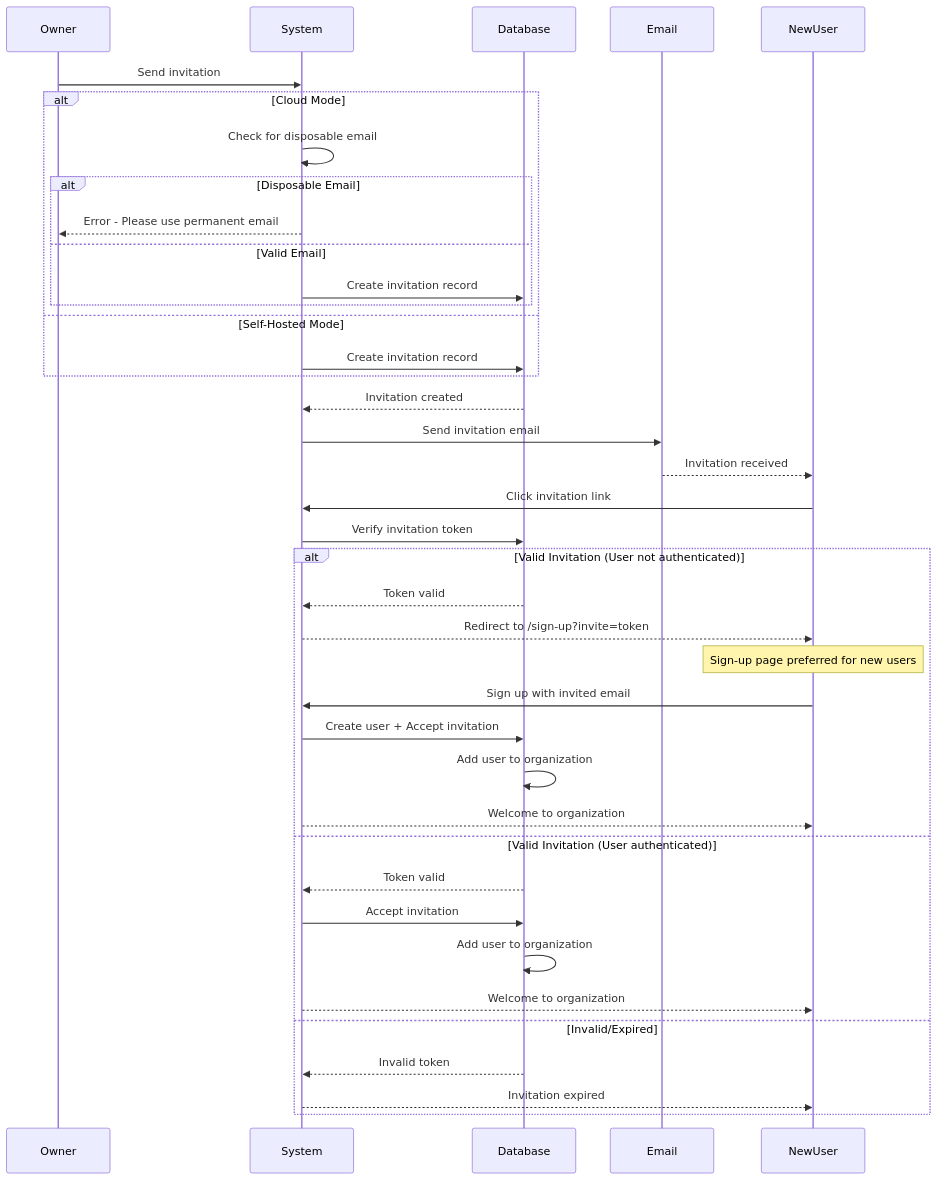
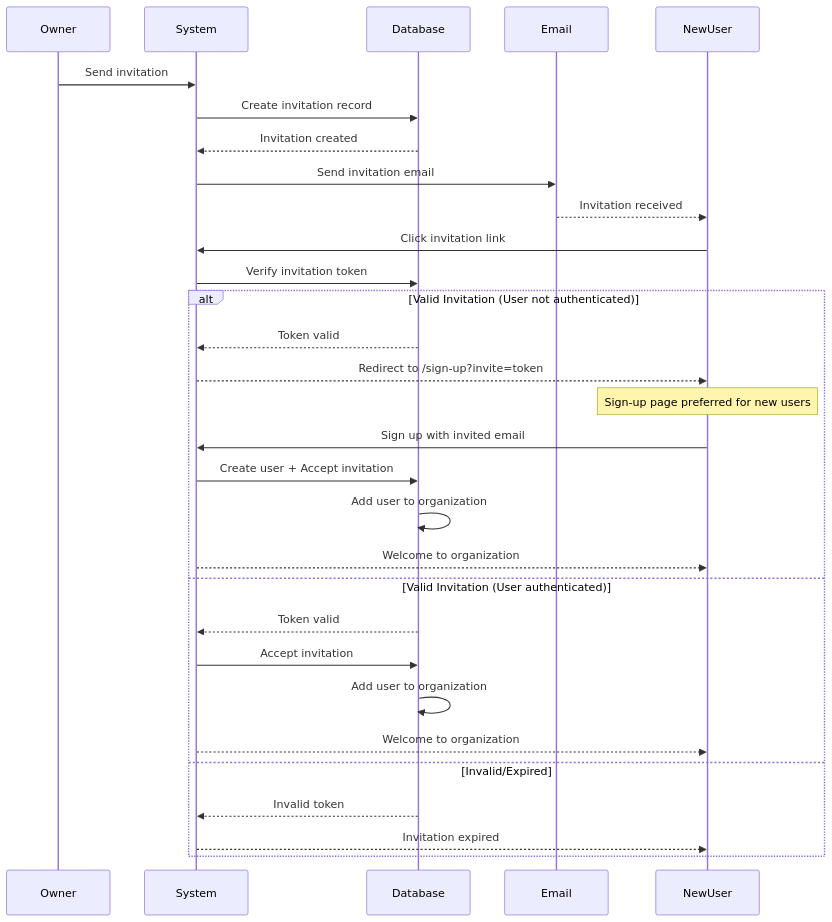
Before and after one commit to supercheck-io/supercheck: diagram 18 of 19 in docs/specs/02-authentication/AUTHENTICATION_SYSTEM.md, drawn with Mermaid. The commit also changed other lines of this file and 45 other files, not shown here.

Commit message:
feat: Add Turnstile Captcha, enforce email verification for cloud org creation, and remove disposable email validation.**

````diff
--- a/docs/specs/02-authentication/AUTHENTICATION_SYSTEM.md
+++ b/docs/specs/02-authentication/AUTHENTICATION_SYSTEM.md
@@ -907,46 +1049,36 @@
 ```mermaid
 sequenceDiagram
     participant Owner
     participant System
     participant Database
     participant Email
     participant NewUser
 
     Owner->>System: Send invitation
-
-    alt Cloud Mode
-        System->>System: Check for disposable email
-        alt Disposable Email
-            System-->>Owner: Error - Please use permanent email
-        else Valid Email
-            System->>Database: Create invitation record
-        end
-    else Self-Hosted Mode
-        System->>Database: Create invitation record
-    end
+    System->>Database: Create invitation record
 
     Database-->>System: Invitation created
     System->>Email: Send invitation email
     Email-->>NewUser: Invitation received
 
     NewUser->>System: Click invitation link
     System->>Database: Verify invitation token
 
     alt Valid Invitation (User not authenticated)
         Database-->>System: Token valid
         System-->>NewUser: Redirect to /sign-up?invite=token
         Note over NewUser: Sign-up page preferred for new users
         NewUser->>System: Sign up with invited email
         System->>Database: Create user + Accept invitation
         Database->>Database: Add user to organization
         System-->>NewUser: Welcome to organization
     else Valid Invitation (User authenticated)
         Database-->>System: Token valid
         System->>Database: Accept invitation
         Database->>Database: Add user to organization
         System-->>NewUser: Welcome to organization
     else Invalid/Expired
         Database-->>System: Invalid token
         System-->>NewUser: Invitation expired
     end
 ```
````
